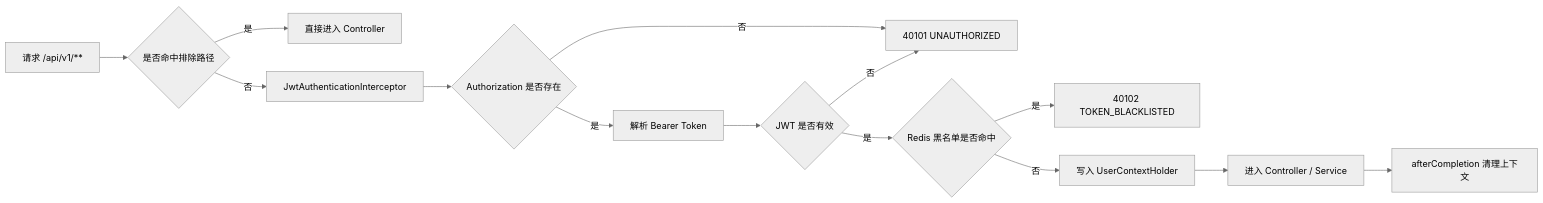
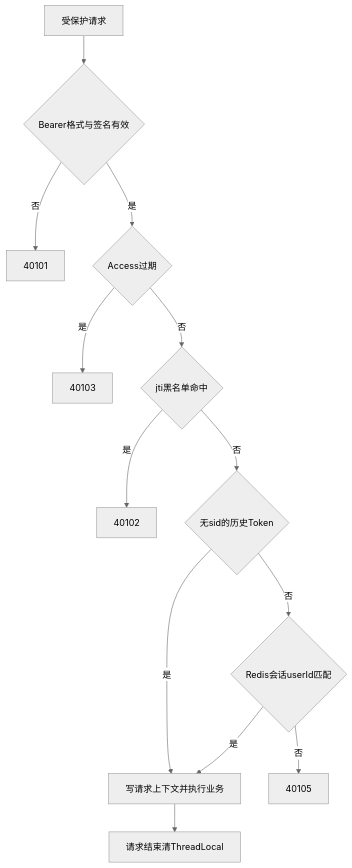
Before and after one commit to clear48/campus-resource-platform: the fourth of 4 diagrams in docs/modules/01-auth-development-process.md, drawn with Mermaid (neutral theme). The commit also changed other lines of this file and 15 other files, not shown here.

````diff
--- a/docs/modules/01-auth-development-process.md
+++ b/docs/modules/01-auth-development-process.md
@@ -349,16 +293,15 @@
 ```mermaid
-flowchart LR
-    A["请求 /api/v1/**"] --> B{"是否命中排除路径"}
-    B -- "是" --> C["直接进入 Controller"]
-    B -- "否" --> D["JwtAuthenticationInterceptor"]
-    D --> E{"Authorization 是否存在"}
-    E -- "否" --> F["40101 UNAUTHORIZED"]
-    E -- "是" --> G["解析 Bearer Token"]
-    G --> H{"JWT 是否有效"}
-    H -- "否" --> F
-    H -- "是" --> I{"Redis 黑名单是否命中"}
-    I -- "是" --> J["40102 TOKEN_BLACKLISTED"]
-    I -- "否" --> K["写入 UserContextHolder"]
-    K --> L["进入 Controller / Service"]
-    L --> M["afterCompletion 清理上下文"]
+flowchart TD
+    A[受保护请求] --> B{Bearer格式与签名有效}
+    B -->|否| C[40101]
+    B -->|是| D{Access过期}
+    D -->|是| E[40103]
+    D -->|否| F{jti黑名单命中}
+    F -->|是| G[40102]
+    F -->|否| H{无sid的历史Token}
+    H -->|是| K[写请求上下文并执行业务]
+    H -->|否| I{Redis会话userId匹配}
+    I -->|否| J[40105]
+    I -->|是| K
+    K --> L[请求结束清ThreadLocal]
 ```
````
